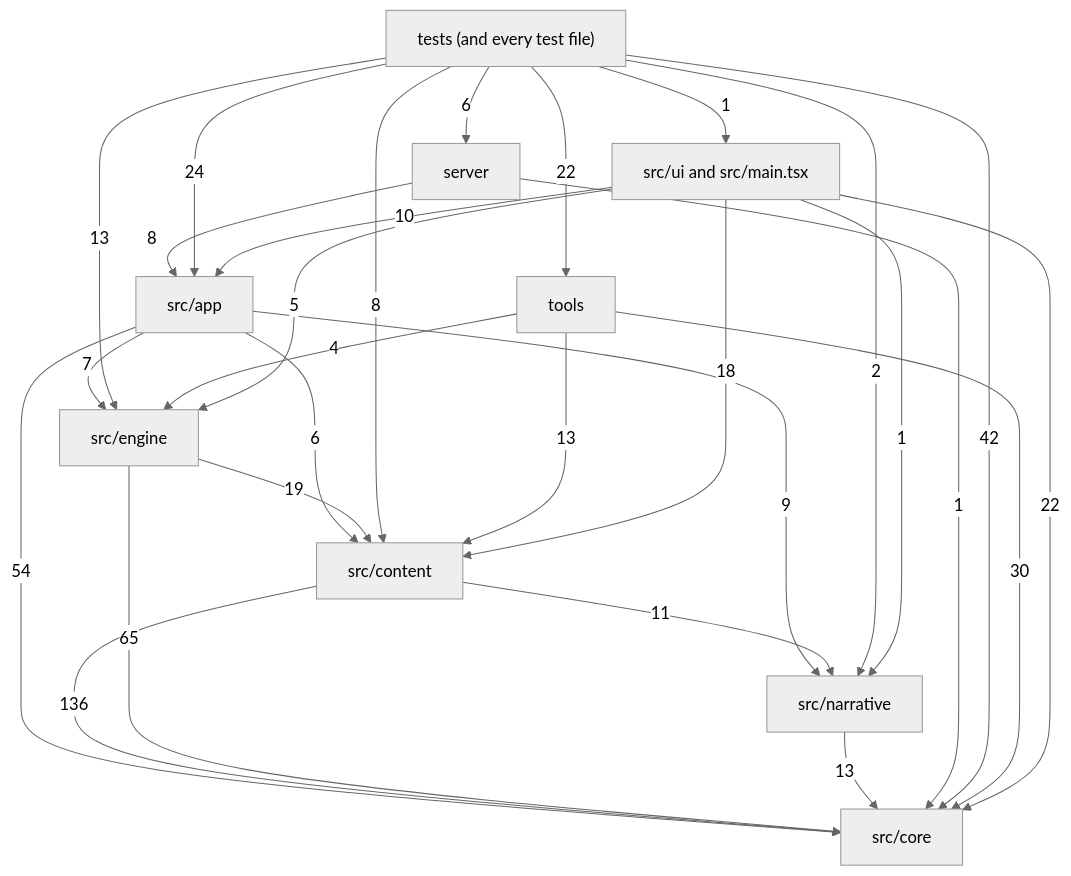
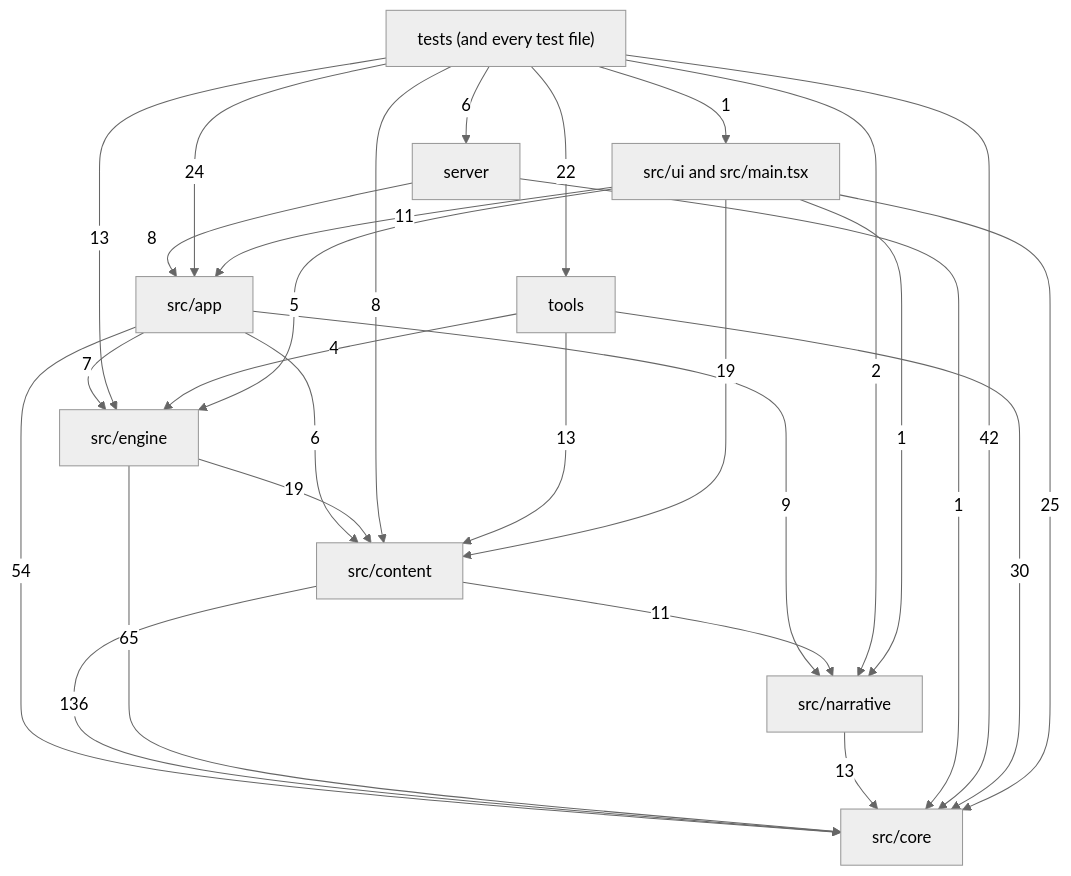
The diagram in docs/reference/code-map/README.md (OrangeB0lt/Cyber-funk), drawn with Mermaid (neutral theme) before and after one commit. The commit also changed other lines of this file and 11 other files, not shown here.

````diff
--- a/docs/reference/code-map/README.md
+++ b/docs/reference/code-map/README.md
@@ -29,39 +29,39 @@
 ```mermaid
 flowchart TD
   core["src/core"]
   narrative["src/narrative"]
   content["src/content"]
   engine["src/engine"]
   app["src/app"]
   ui["src/ui and src/main.tsx"]
   server["server"]
   tools["tools"]
   tests["tests (and every test file)"]
   app -->|6| content
   app -->|54| core
   app -->|7| engine
   app -->|9| narrative
   content -->|136| core
   content -->|11| narrative
   engine -->|19| content
   engine -->|65| core
   narrative -->|13| core
   server -->|8| app
   server -->|1| core
   tests -->|24| app
   tests -->|8| content
   tests -->|42| core
   tests -->|13| engine
   tests -->|2| narrative
   tests -->|6| server
   tests -->|22| tools
   tests -->|1| ui
   tools -->|13| content
   tools -->|30| core
   tools -->|4| engine
-  ui -->|10| app
-  ui -->|18| content
-  ui -->|22| core
+  ui -->|11| app
+  ui -->|19| content
+  ui -->|25| core
   ui -->|5| engine
   ui -->|1| narrative
 ```
````
